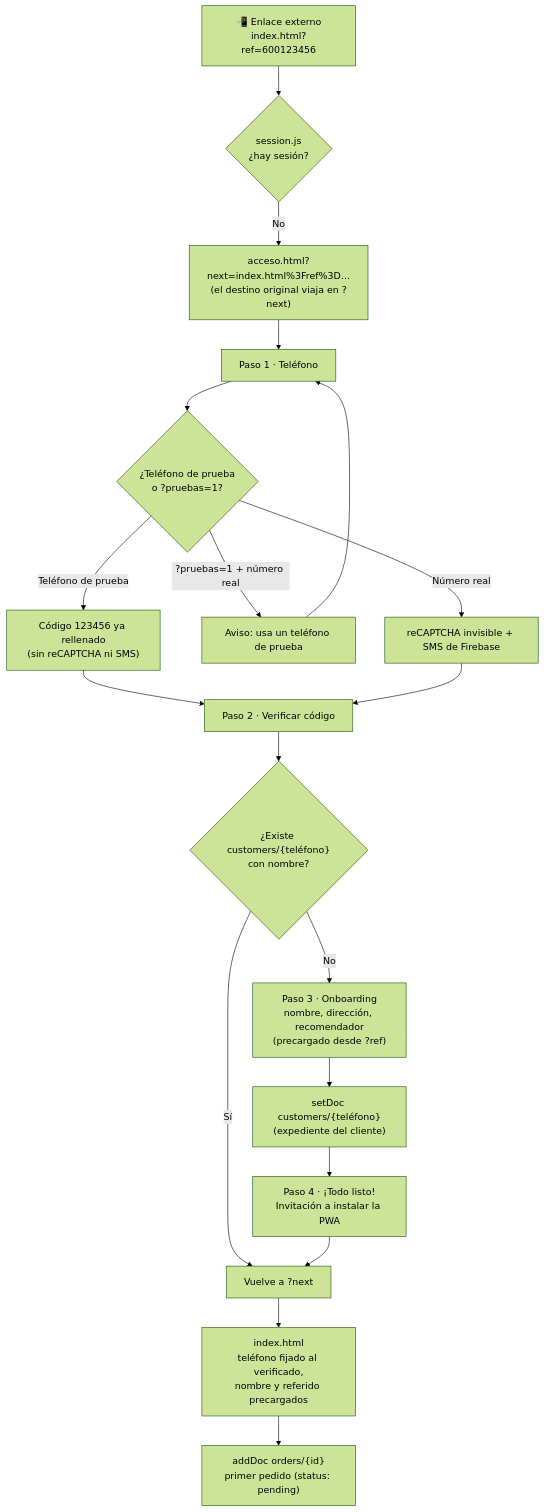
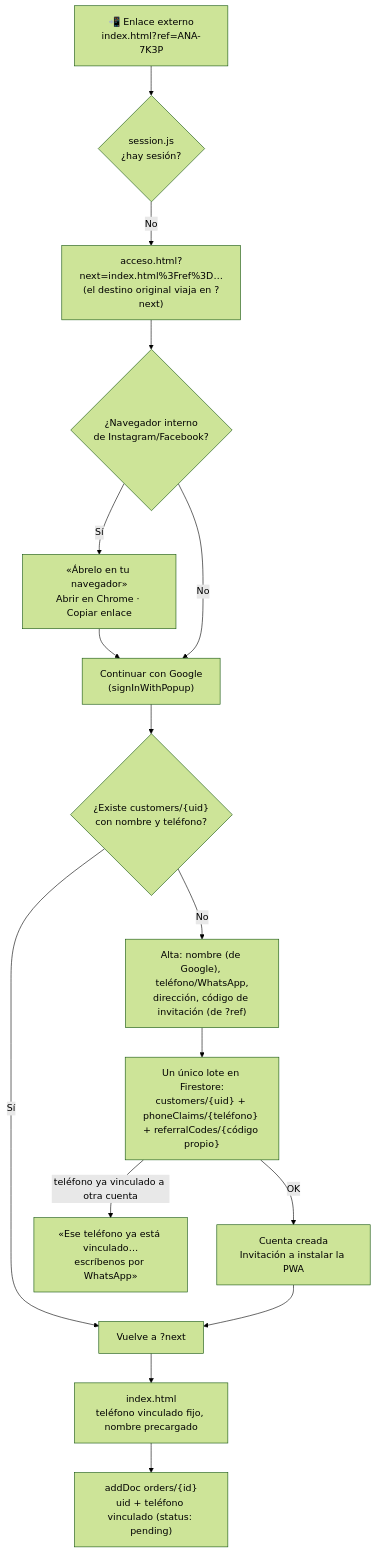
The second of 4 diagrams in USER_JOURNEY.md (aluDavidSantiago/pachoncito-pedidos), drawn with Mermaid (forest theme) before and after one commit. The commit also changed other lines of this file and 21 other files, not shown here.

Commit message:
Acceso con Google, panel aislado y antifraude por teléfono

````diff
--- a/USER_JOURNEY.md
+++ b/USER_JOURNEY.md
@@ -48,20 +50,18 @@
 ```mermaid
 flowchart TD
-    A["📲 Enlace externo<br/>index.html?ref=600123456"] --> B{"session.js<br/>¿hay sesión?"}
+    A["📲 Enlace externo<br/>index.html?ref=ANA-7K3P"] --> B{"session.js<br/>¿hay sesión?"}
     B -- No --> C["acceso.html?next=index.html%3Fref%3D…<br/>(el destino original viaja en ?next)"]
-    C --> D["Paso 1 · Teléfono"]
-    D --> E{"¿Teléfono de prueba<br/>o ?pruebas=1?"}
-    E -- "Teléfono de prueba" --> F["Código 123456 ya rellenado<br/>(sin reCAPTCHA ni SMS)"]
-    E -- "?pruebas=1 + número real" --> D2["Aviso: usa un teléfono de prueba"] --> D
-    E -- "Número real" --> G["reCAPTCHA invisible + SMS de Firebase"]
-    F --> H["Paso 2 · Verificar código"]
-    G --> H
-    H --> I{"¿Existe customers/{teléfono}<br/>con nombre?"}
-    I -- Sí --> Z["Vuelve a ?next"]
-    I -- No --> J["Paso 3 · Onboarding<br/>nombre, dirección, recomendador<br/>(precargado desde ?ref)"]
-    J --> K["setDoc customers/{teléfono}<br/>(expediente del cliente)"]
-    K --> L["Paso 4 · ¡Todo listo!<br/>Invitación a instalar la PWA"]
-    L --> Z
-    Z --> M["index.html<br/>teléfono fijado al verificado,<br/>nombre y referido precargados"]
-    M --> N["addDoc orders/{id}<br/>primer pedido (status: pending)"]
+    C --> D{"¿Navegador interno<br/>de Instagram/Facebook?"}
+    D -- Sí --> D1["«Ábrelo en tu navegador»<br/>Abrir en Chrome · Copiar enlace"]
+    D -- No --> E["Continuar con Google<br/>(signInWithPopup)"]
+    D1 --> E
+    E --> F{"¿Existe customers/{uid}<br/>con nombre y teléfono?"}
+    F -- Sí --> Z["Vuelve a ?next"]
+    F -- No --> G["Alta: nombre (de Google), teléfono/WhatsApp,<br/>dirección, código de invitación (de ?ref)"]
+    G --> H["Un único lote en Firestore:<br/>customers/{uid} + phoneClaims/{teléfono} + referralCodes/{código propio}"]
+    H -- "teléfono ya vinculado a otra cuenta" --> G2["«Ese teléfono ya está vinculado…<br/>escríbenos por WhatsApp»"]
+    H -- OK --> I["Cuenta creada<br/>Invitación a instalar la PWA"]
+    I --> Z
+    Z --> M["index.html<br/>teléfono vinculado fijo, nombre precargado"]
+    M --> N["addDoc orders/{id}<br/>uid + teléfono vinculado (status: pending)"]
 ```
````
